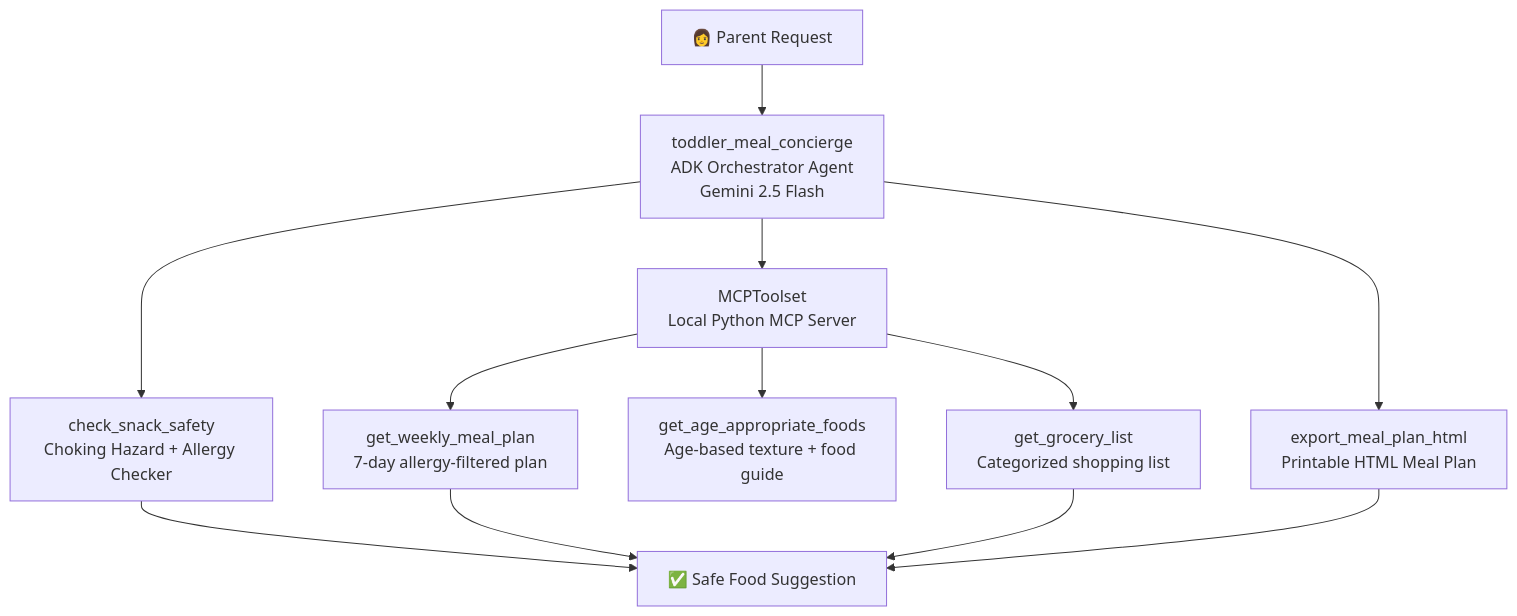
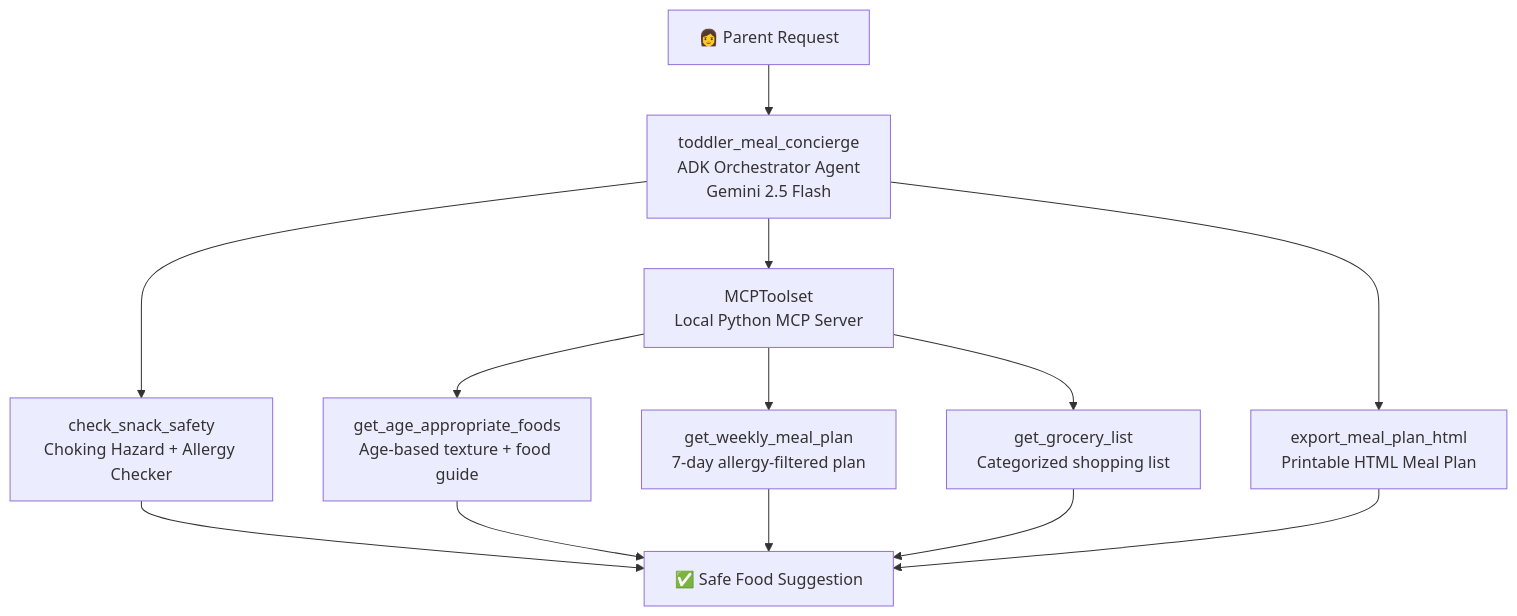
The diagram in README.md (SangaviKS/toddler-meal-agent), drawn with Mermaid before and after one commit.

Commit message:
Update architecture diagram to connectget_age_appropriate_foods to Safe Food Suggestion

````diff
--- a/README.md
+++ b/README.md
@@ -53,14 +53,15 @@
 ```mermaid
 graph TD
     A[👩 Parent Request] --> B[toddler_meal_concierge\nADK Orchestrator Agent\nGemini 2.5 Flash]
     B --> C[check_snack_safety\nChoking Hazard + Allergy Checker]
     B --> D[MCPToolset\nLocal Python MCP Server]
     B --> H[export_meal_plan_html\nPrintable HTML Meal Plan]
     D --> E[get_age_appropriate_foods\nAge-based texture + food guide]
     D --> F[get_weekly_meal_plan\n7-day allergy-filtered plan]
     D --> G[get_grocery_list\nCategorized shopping list]
     C --> I[✅ Safe Food Suggestion]
+    E --> I
     F --> I
     G --> I
     H --> I
 ```
````
